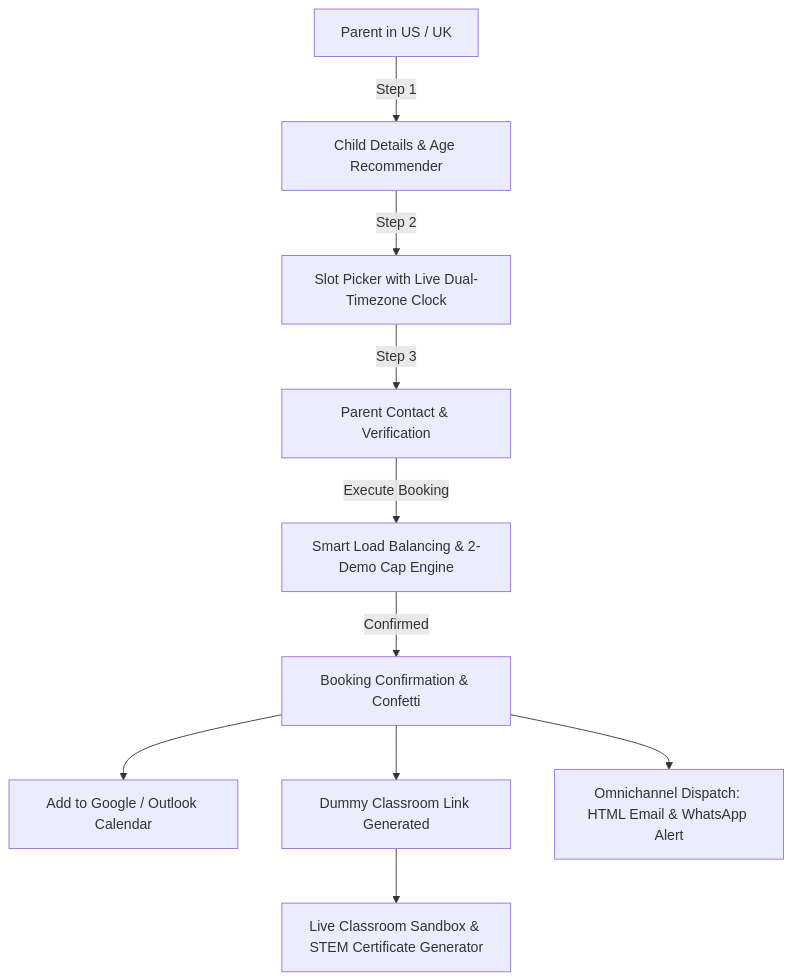
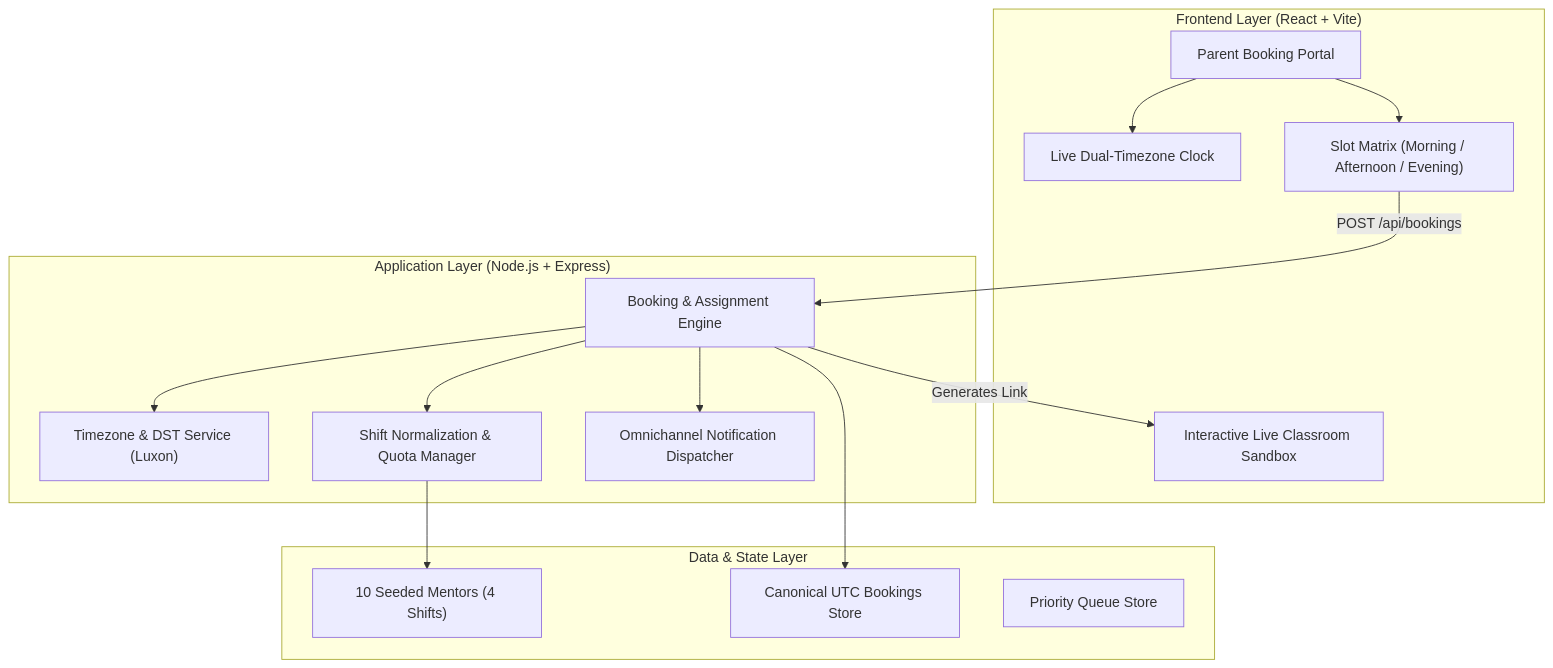
Before and after one commit to DeekshaG96/codeyoung-trial-booking: the diagram in README.md, drawn with Mermaid. The commit also changed other lines of this file, not shown here.

````diff
--- a/README.md
+++ b/README.md
@@ -50,12 +62,32 @@
 ```mermaid
 flowchart TD
-    Parent["Parent in US / UK"] -->|Step 1| ChildStep["Child Details & Age Recommender"]
-    ChildStep -->|Step 2| SlotPicker["Slot Picker with Live Dual-Timezone Clock"]
-    SlotPicker -->|Step 3| ParentDetails["Parent Contact & Verification"]
-    ParentDetails -->|Execute Booking| Allocator["Smart Load Balancing & 2-Demo Cap Engine"]
-    Allocator -->|Confirmed| Success["Booking Confirmation & Confetti"]
-    Success --> GCal["Add to Google / Outlook Calendar"]
-    Success --> MeetingLink["Dummy Classroom Link Generated"]
-    Success --> CommsHub["Omnichannel Dispatch: HTML Email & WhatsApp Alert"]
-    MeetingLink --> Classroom["Live Classroom Sandbox & STEM Certificate Generator"]
+    subgraph Client["Frontend Layer (React + Vite)"]
+        UI["Parent Booking Portal"]
+        TZ["Live Dual-Timezone Clock"]
+        Slots["Slot Matrix (Morning / Afternoon / Evening)"]
+        Classroom["Interactive Live Classroom Sandbox"]
+    end
+
+    subgraph Service["Application Layer (Node.js + Express)"]
+        TZService["Timezone & DST Service (Luxon)"]
+        BookingService["Booking & Assignment Engine"]
+        CapacityEngine["Shift Normalization & Quota Manager"]
+        CommsService["Omnichannel Notification Dispatcher"]
+    end
+
+    subgraph Persistence["Data & State Layer"]
+        MentorStore["10 Seeded Mentors (4 Shifts)"]
+        BookingStore["Canonical UTC Bookings Store"]
+        WaitlistStore["Priority Queue Store"]
+    end
+
+    UI --> TZ
+    UI --> Slots
+    Slots -->|POST /api/bookings| BookingService
+    BookingService --> TZService
+    BookingService --> CapacityEngine
+    CapacityEngine --> MentorStore
+    BookingService --> BookingStore
+    BookingService --> CommsService
+    BookingService -->|Generates Link| Classroom
 ```
````
